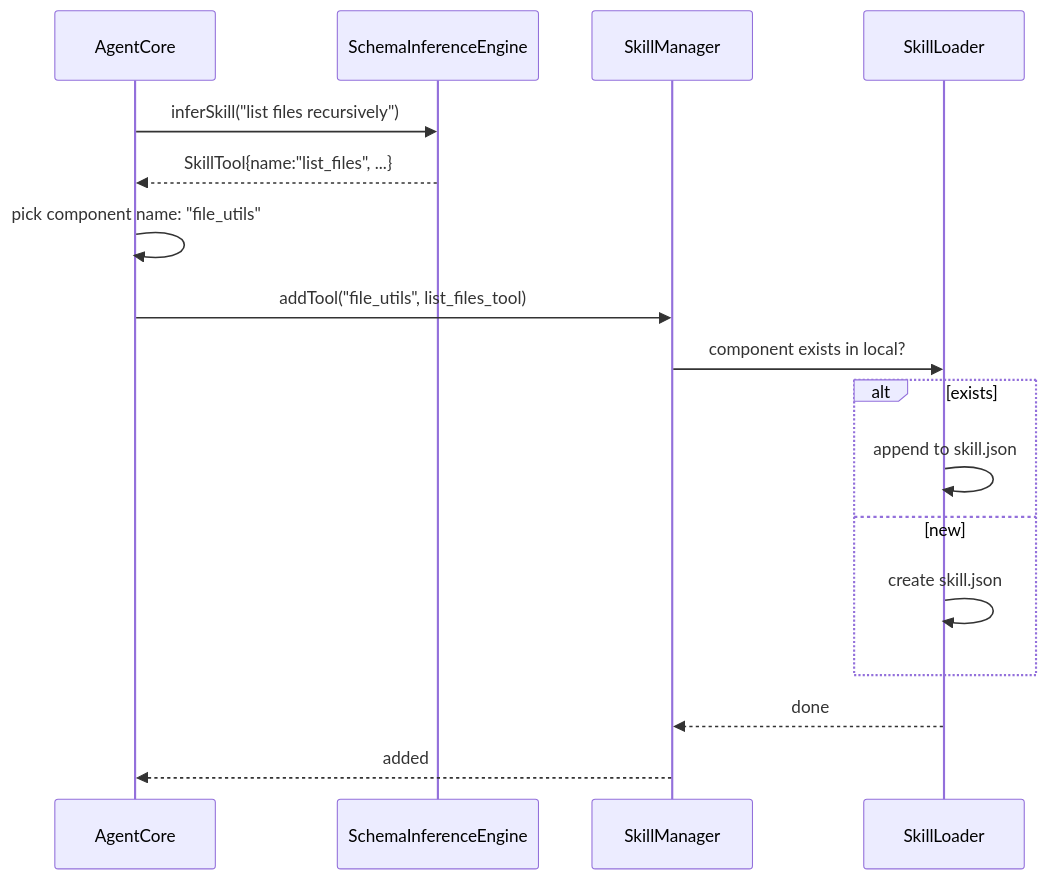
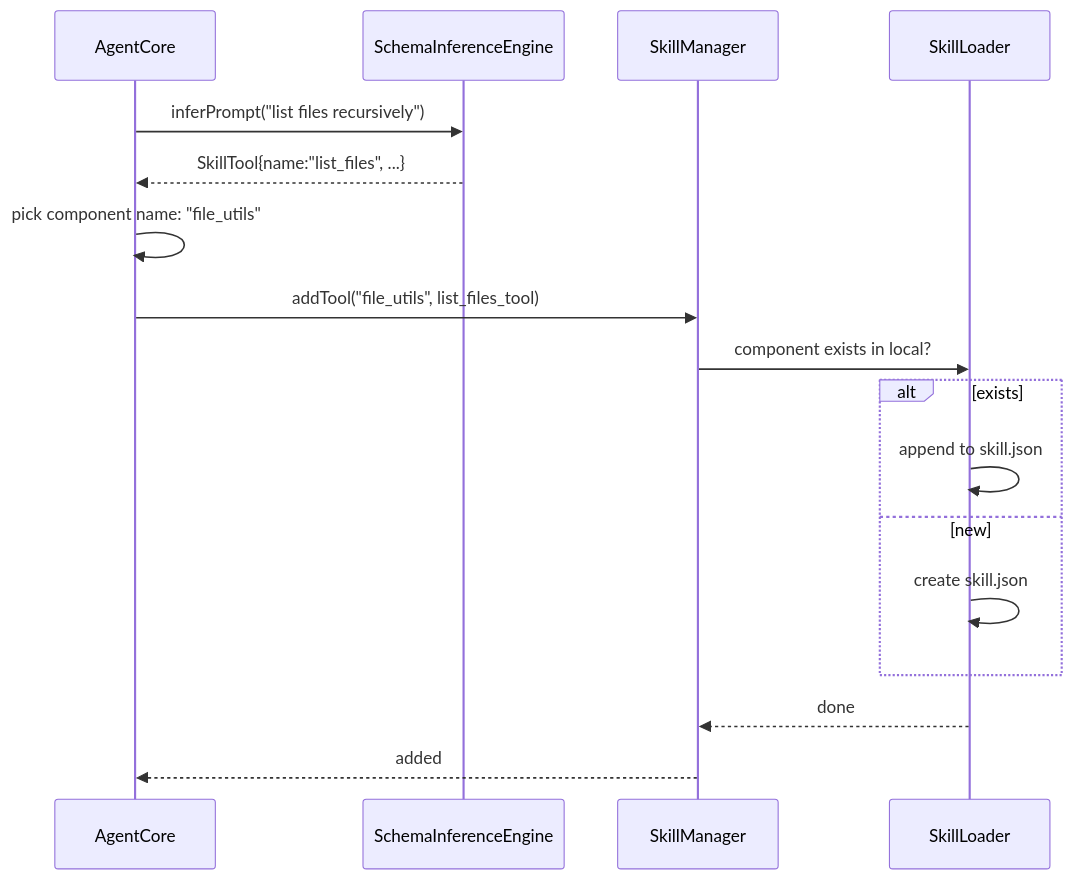
Before and after one commit to opensassi/a0: the third of 4 diagrams in src/skills/technical-specification.md, drawn with Mermaid. The commit also changed other lines of this file and 28 other files, not shown here.

````diff
--- a/src/skills/technical-specification.md
+++ b/src/skills/technical-specification.md
@@ -553,20 +555,20 @@
 ```mermaid
 sequenceDiagram
     participant Agent as AgentCore
     participant SIE as SchemaInferenceEngine
     participant SM as SkillManager
     participant SL as SkillLoader
 
-    Agent->>SIE: inferSkill("list files recursively")
+    Agent->>SIE: inferPrompt("list files recursively")
     SIE-->>Agent: SkillTool{name:"list_files", ...}
     Agent->>Agent: pick component name: "file_utils"
     Agent->>SM: addTool("file_utils", list_files_tool)
     SM->>SL: component exists in local?
     alt exists
         SL->>SL: append to skill.json
     else new
         SL->>SL: create skill.json
     end
     SL-->>SM: done
     SM-->>Agent: added
 ```
````
